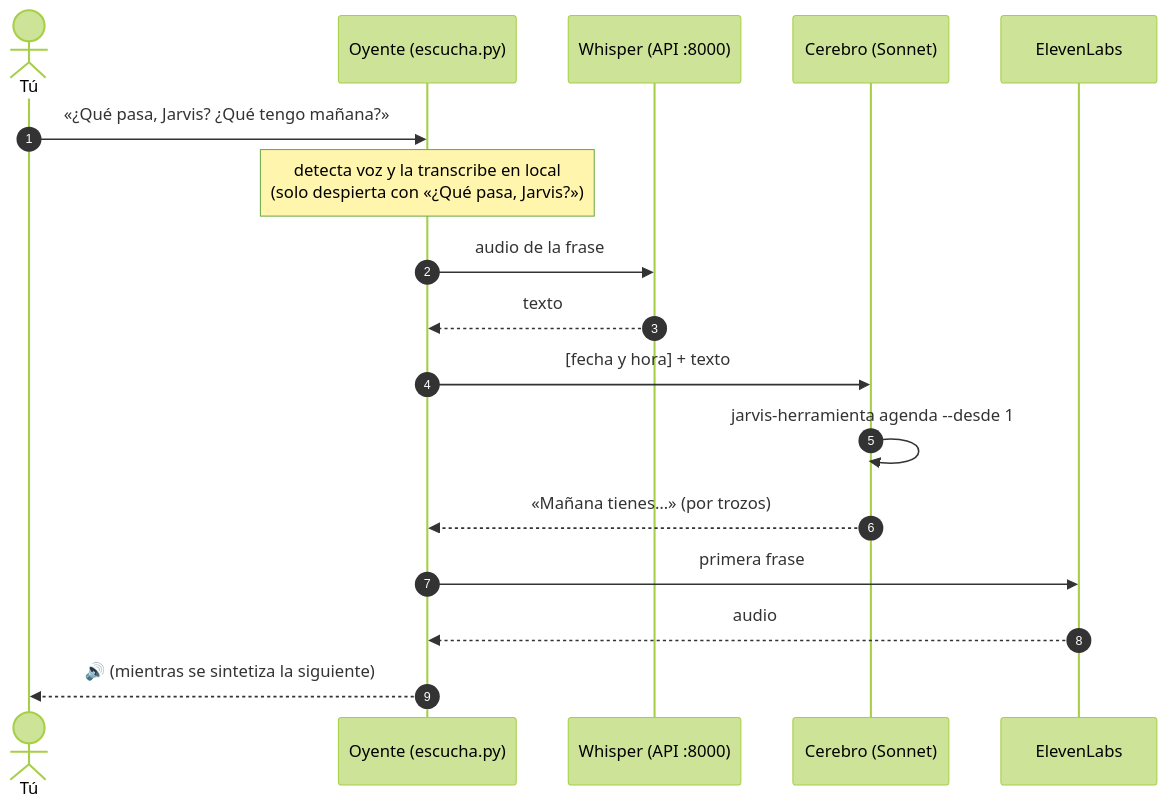
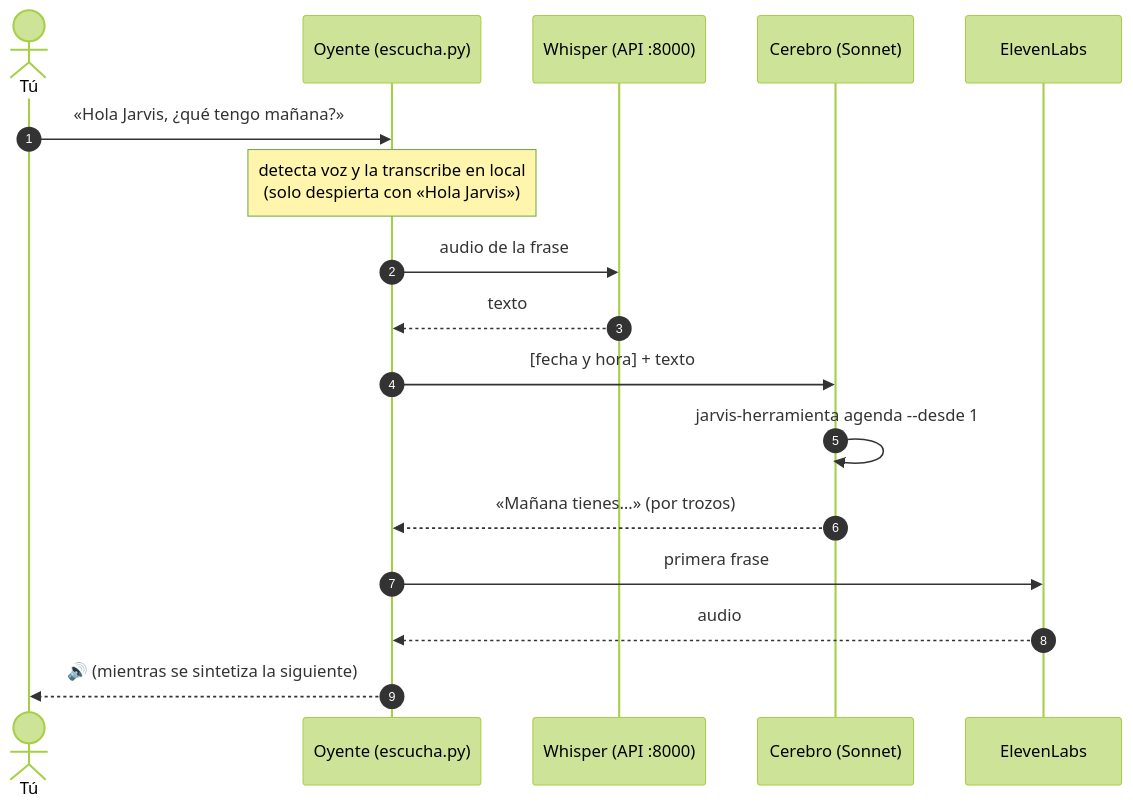
The first of 2 diagrams in docs/arquitectura.md (ndoreste/jarvis-claude-voice), drawn with Mermaid (forest theme) before and after one commit. The commit also changed 9 other files, not shown here.

First line of the commit message:
feat: se despierta con «Hola Jarvis» y contactos de WhatsApp en ajustes

````diff
--- a/docs/arquitectura.md
+++ b/docs/arquitectura.md
@@ -21,19 +21,19 @@
 ```mermaid
 sequenceDiagram
     autonumber
     actor U as Tú
     participant O as Oyente (escucha.py)
     participant W as Whisper (API :8000)
     participant C as Cerebro (Sonnet)
     participant E as ElevenLabs
-    U->>O: «¿Qué pasa, Jarvis? ¿Qué tengo mañana?»
-    Note over O: detecta voz y la transcribe en local<br/>(solo despierta con «¿Qué pasa, Jarvis?»)
+    U->>O: «Hola Jarvis, ¿qué tengo mañana?»
+    Note over O: detecta voz y la transcribe en local<br/>(solo despierta con «Hola Jarvis»)
     O->>W: audio de la frase
     W-->>O: texto
     O->>C: [fecha y hora] + texto
     C->>C: jarvis-herramienta agenda --desde 1
     C-->>O: «Mañana tienes…» (por trozos)
     O->>E: primera frase
     E-->>O: audio
     O-->>U: 🔊 (mientras se sintetiza la siguiente)
 ```
````
